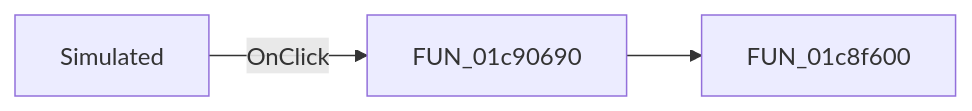
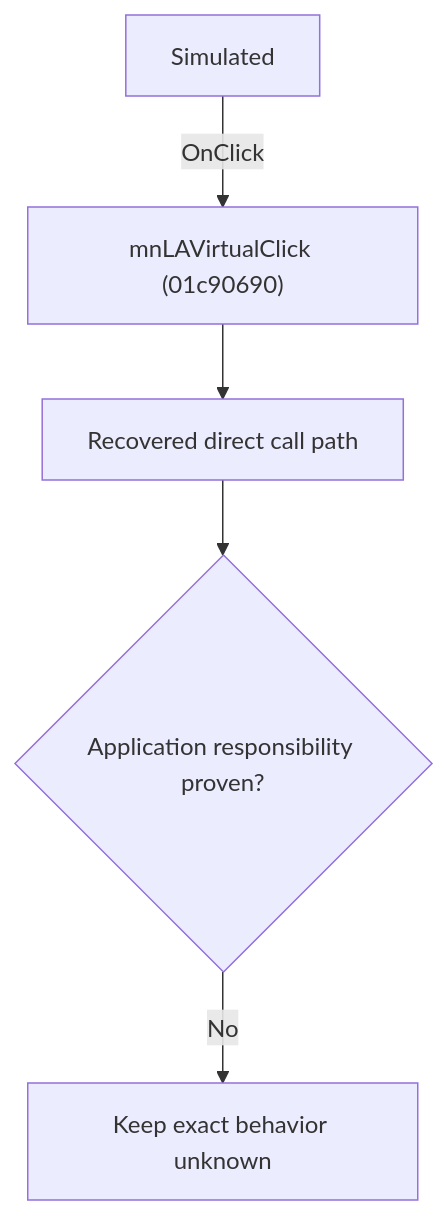
Before and after one commit to MovGP0/TIARA: the diagram in docs/ui-controls/schematiceditor/mnlavirtual-94a6764544.md, drawn with Mermaid. The commit also changed other lines of this file and 1062 other files, not shown here.

````diff
--- a/docs/ui-controls/schematiceditor/mnlavirtual-94a6764544.md
+++ b/docs/ui-controls/schematiceditor/mnlavirtual-94a6764544.md
@@ -27,5 +27,7 @@
 ```mermaid
-flowchart LR
-    control["Simulated"] -->|OnClick| handler["FUN_01c90690"]
-    handler --> call1["FUN_01c8f600"]
+flowchart TD
+    control["Simulated"] -->|"OnClick"| handler["mnLAVirtualClick (01c90690)"]
+    handler --> recovered["Recovered direct call path"]
+    recovered --> gap{"Application responsibility proven?"}
+    gap -->|"No"| blocked["Keep exact behavior unknown"]
 ```
````
